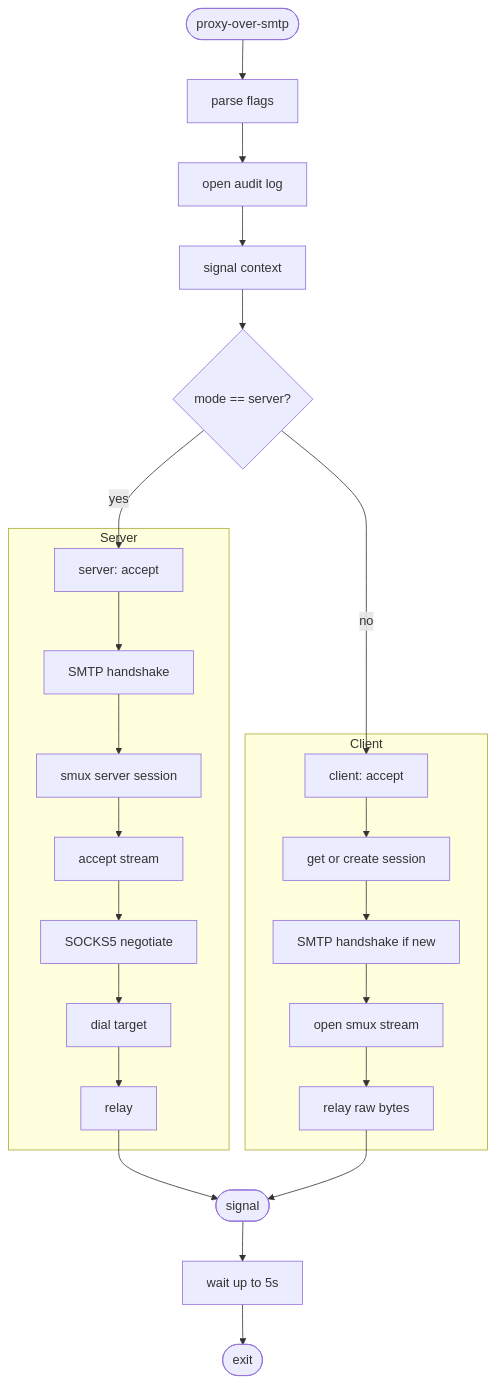
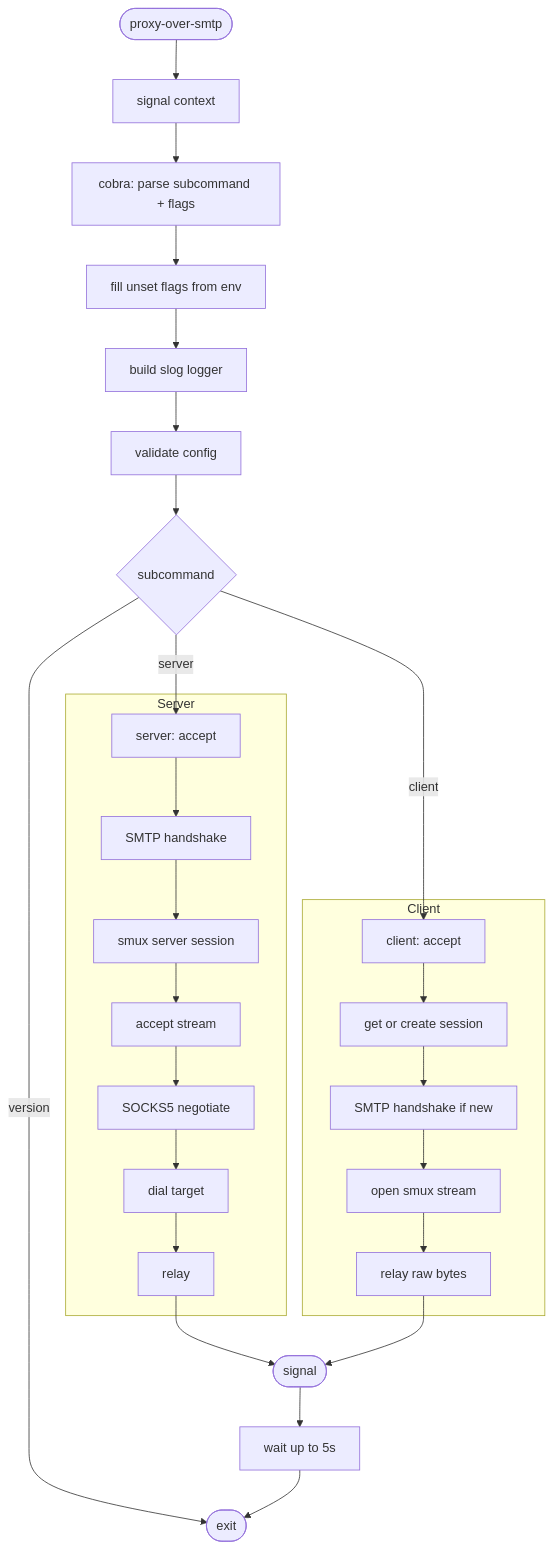
One commit to dimaskiddo/proxy-over-smtp changed the first of 2 diagrams in docs/WORKFLOWS.md. Above: the diagram before and after it, drawn with Mermaid. The commit also changed other lines of this file and 27 other files, not shown here.

````diff
--- a/docs/WORKFLOWS.md
+++ b/docs/WORKFLOWS.md
@@ -9,31 +9,34 @@
 ```mermaid
 flowchart TD
-    Start([proxy-over-smtp]) --> Flags[parse flags]
-    Flags --> Log[open audit log]
-    Log --> Ctx[signal context]
-    Ctx --> Route{mode == server?}
+    Start([proxy-over-smtp]) --> Ctx[signal context]
+    Ctx --> Cobra[cobra: parse subcommand + flags]
+    Cobra --> Env[fill unset flags from env]
+    Env --> Log[build slog logger]
+    Log --> Val[validate config]
+    Val --> Route{subcommand}
 
-    Route -- yes --> SAccept[server: accept]
-    Route -- no --> CAccept[client: accept]
+    Route -- server --> SAccept[server: accept]
+    Route -- client --> CAccept[client: accept]
+    Route -- version --> Done
 
     subgraph Server
         SAccept --> SHand[SMTP handshake]
         SHand --> SMux[smux server session]
         SMux --> SStream[accept stream]
         SStream --> SSocks[SOCKS5 negotiate]
         SSocks --> SDial[dial target]
         SDial --> SRelay[relay]
     end
 
     subgraph Client
         CAccept --> CSess[get or create session]
         CSess --> CHand[SMTP handshake if new]
         CHand --> COpen[open smux stream]
         COpen --> CRelay[relay raw bytes]
     end
 
     SRelay --> Stop
     CRelay --> Stop
     Stop([signal]) --> Drain[wait up to 5s]
     Drain --> Done([exit])
 ```
````
